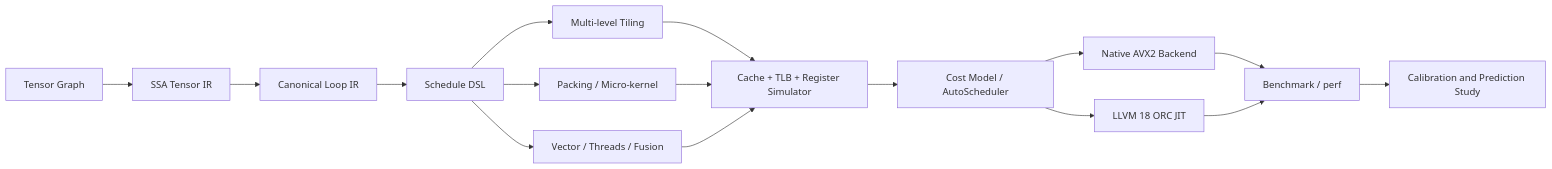
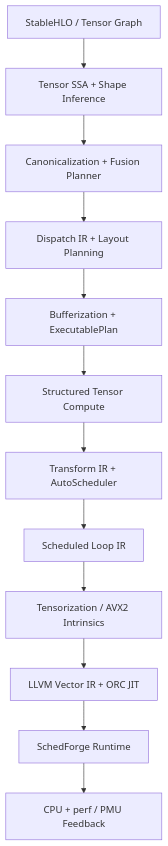
Before and after one commit to BokaiGuo/SchedForge: the diagram in README.md, drawn with Mermaid. The commit also changed other lines of this file and 18 other files, not shown here.

Commit message:
Build model-to-machine graph compiler

````diff
--- a/README.md
+++ b/README.md
@@ -28,18 +31,14 @@
 ```mermaid
-flowchart LR
-    A["Tensor Graph"] --> B["SSA Tensor IR"]
-    B --> C["Canonical Loop IR"]
-    C --> D["Schedule DSL"]
-    D --> E["Multi-level Tiling"]
-    D --> F["Packing / Micro-kernel"]
-    D --> G["Vector / Threads / Fusion"]
-    E --> H["Cache + TLB + Register Simulator"]
-    F --> H
-    G --> H
-    H --> I["Cost Model / AutoScheduler"]
-    I --> J["Native AVX2 Backend"]
-    I --> K["LLVM 18 ORC JIT"]
-    J --> L["Benchmark / perf"]
-    K --> L
-    L --> M["Calibration and Prediction Study"]
+flowchart TD
+    A["StableHLO / Tensor Graph"] --> B["Tensor SSA + Shape Inference"]
+    B --> C["Canonicalization + Fusion Planner"]
+    C --> D["Dispatch IR + Layout Planning"]
+    D --> E["Bufferization + ExecutablePlan"]
+    E --> F["Structured Tensor Compute"]
+    F --> G["Transform IR + AutoScheduler"]
+    G --> H["Scheduled Loop IR"]
+    H --> I["Tensorization / AVX2 Intrinsics"]
+    I --> J["LLVM Vector IR + ORC JIT"]
+    J --> K["SchedForge Runtime"]
+    K --> L["CPU + perf / PMU Feedback"]
 ```
````
